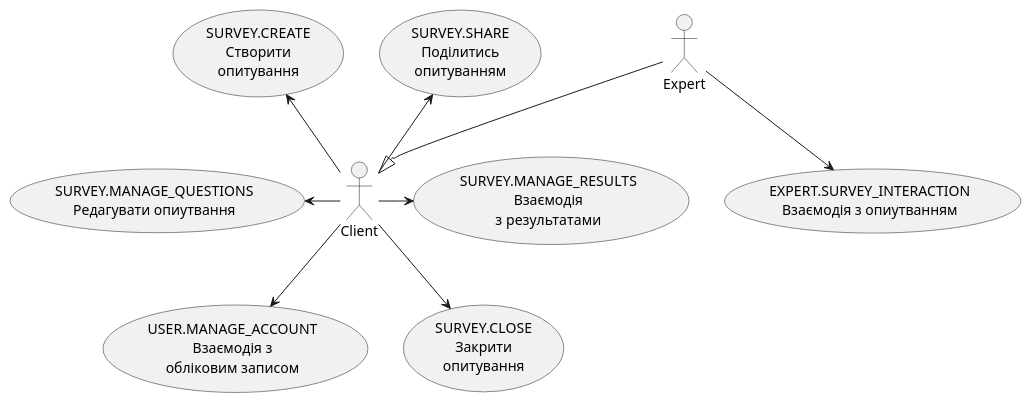
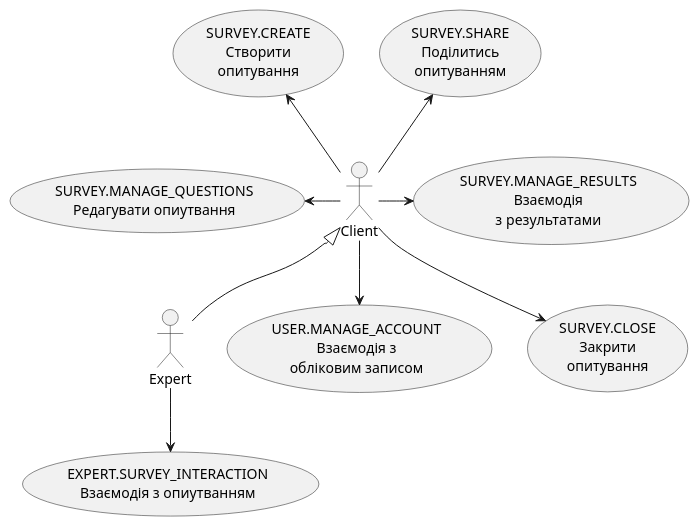
Before and after one commit to xastia/edu_db_labs_group1: the first of 15 diagrams in docs/use cases/README.md, drawn with PlantUML.

Commit message:
edit use-cases, corrected mistakes in use-case arrows

```diff
--- a/docs/use cases/README.md
+++ b/docs/use cases/README.md
@@ -12,24 +12,24 @@
 @startuml
 
     actor Expert
     actor Client
   
     usecase "USER.MANAGE_ACCOUNT\nВзаємодія з\nобліковим записом" as UInteraction
     usecase "SURVEY.CREATE\nСтворити\nопитування" as SCreate
     usecase "SURVEY.CLOSE\nЗакрити\nопитування" as SClose
     usecase "SURVEY.MANAGE_QUESTIONS\nРедагувати опиутвання" as SEdit
     usecase "EXPERT.SURVEY_INTERACTION\nВзаємодія з опиутванням" as EInteraction
     usecase "SURVEY.SHARE\nПоділитись\nопитуванням" as SShare
     usecase "SURVEY.MANAGE_RESULTS\nВзаємодія\nз результатами" as SResults
  
   
-      Expert -d-|> Client
+      Expert -u-|> Client
       Expert -d-> EInteraction
       Client -d->UInteraction
       Client -l->SEdit
       Client -u->SShare
       Client -r->SResults
       Client -d->SClose
       Client -u->SCreate
       
 @enduml
```
